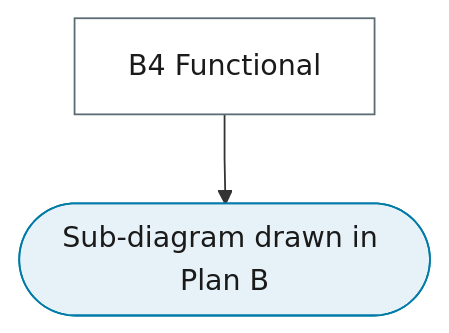
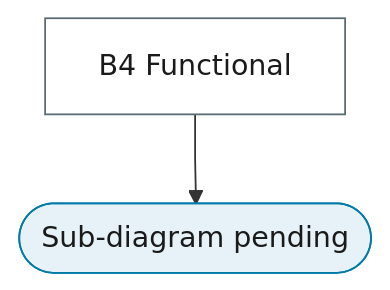
Before and after one commit to Shuxin-Y/time-series-analysis-manual: the diagram in docs/reference/14-functional-high-frequency/index.md, drawn with Mermaid. The commit also changed other lines of this file and 66 other files, not shown here.

````diff
--- a/docs/reference/14-functional-high-frequency/index.md
+++ b/docs/reference/14-functional-high-frequency/index.md
@@ -9,15 +7,15 @@
 ```mermaid
 %%{init: {"flowchart": {"curve": "linear"}}}%%
 graph TD
-    B4["B4 Functional"] --> B4_PENDING(["Sub-diagram drawn in Plan B"])
+    B4["B4 Functional"] --> B4_PENDING(["Sub-diagram pending"])
     class B4 process
     class B4_PENDING terminator
     classDef terminator fill:#E6F2F7,stroke:#007BA7,color:#1A1A1A;
     classDef process fill:#FFFFFF,stroke:#5A6B73,color:#1A1A1A;
     classDef decision fill:#EFE7F0,stroke:#9B7FA7,color:#1A1A1A;
     classDef data fill:#FFF4E0,stroke:#C9A55E,color:#1A1A1A;
     classDef good fill:#DCEFD8,stroke:#4A7A3F,color:#1A1A1A;
     classDef escalate fill:#FFE9C2,stroke:#C9A55E,color:#1A1A1A;
     classDef problem fill:#F2D9DE,stroke:#800020,color:#1A1A1A;
     classDef ref fill:#F7F7F7,stroke:#5A6B73,color:#1A1A1A,stroke-dasharray:4 3;
 ```
````
